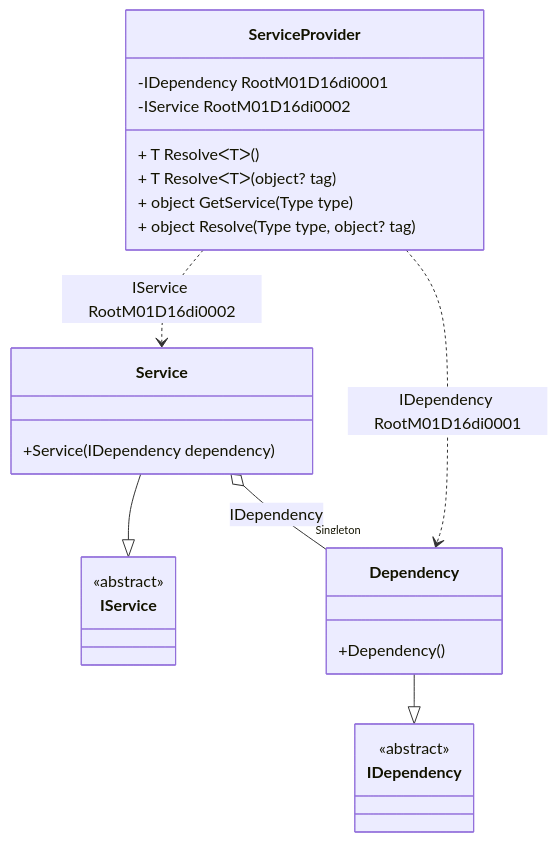
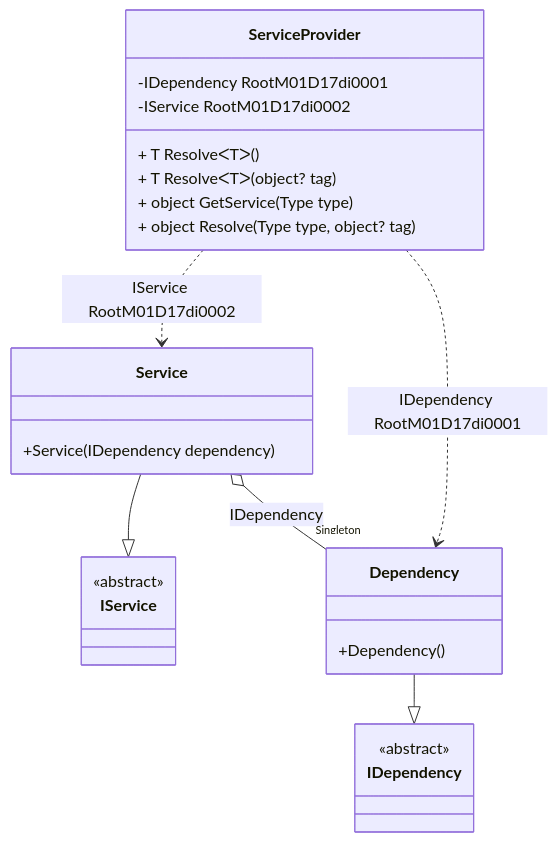
One commit to DevTeam/Pure.DI changed the diagram in readme/service-provider.md. Above: the diagram before and after it, drawn with Mermaid. The commit also changed other lines of this file and 76 other files, not shown here.

````diff
--- a/readme/service-provider.md
+++ b/readme/service-provider.md
@@ -46,28 +46,28 @@
 ```mermaid
 classDiagram
   class ServiceProvider {
-    -IDependency RootM01D16di0001
-    -IService RootM01D16di0002
+    -IDependency RootM01D17di0001
+    -IService RootM01D17di0002
     + T ResolveᐸTᐳ()
     + T ResolveᐸTᐳ(object? tag)
     + object GetService(Type type)
     + object Resolve(Type type, object? tag)
   }
   Service --|> IService : 
   class Service {
     +Service(IDependency dependency)
   }
   Dependency --|> IDependency : 
   class Dependency {
     +Dependency()
   }
   class IService {
     <<abstract>>
   }
   class IDependency {
     <<abstract>>
   }
   Service o--  "Singleton" Dependency : IDependency
-  ServiceProvider ..> Dependency : IDependency RootM01D16di0001
-  ServiceProvider ..> Service : IService RootM01D16di0002
+  ServiceProvider ..> Dependency : IDependency RootM01D17di0001
+  ServiceProvider ..> Service : IService RootM01D17di0002
 ```
````
